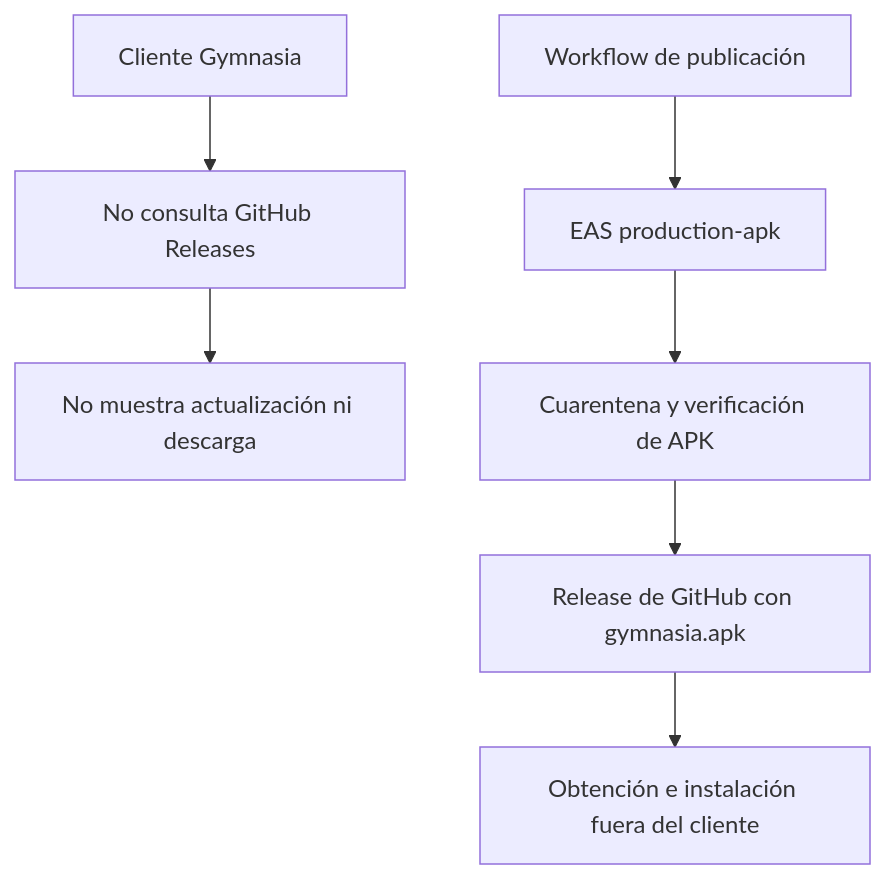
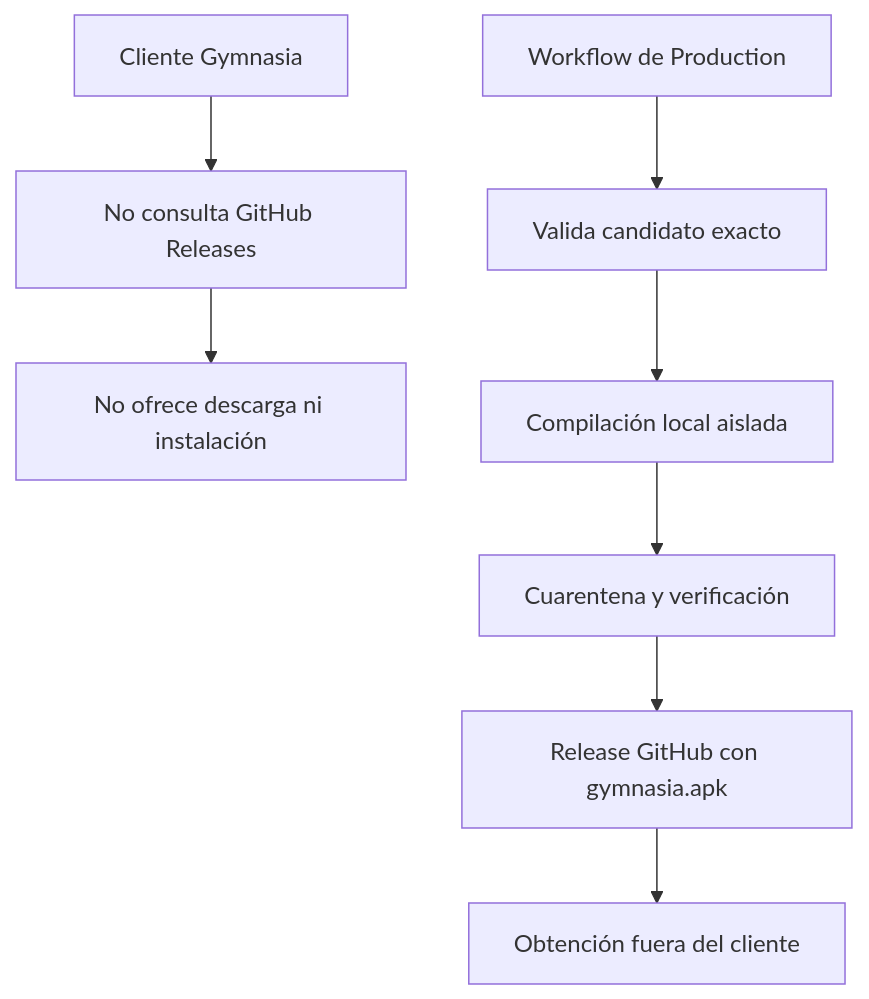
The second of 2 diagrams in openwiki/integrations/vivagym-and-updates.md (maximofn/gymnasia), drawn with Mermaid before and after one commit. The commit also changed other lines of this file and 54 other files, not shown here.

````diff
--- a/openwiki/integrations/vivagym-and-updates.md
+++ b/openwiki/integrations/vivagym-and-updates.md
@@ -87,9 +87,10 @@
 ```mermaid
 flowchart TD
     Client["Cliente Gymnasia"] --> NoCheck["No consulta GitHub Releases"]
-    NoCheck --> NoOffer["No muestra actualización ni descarga"]
-    Pipeline["Workflow de publicación"] --> EAS["EAS production-apk"]
-    EAS --> Verify["Cuarentena y verificación de APK"]
-    Verify --> Release["Release de GitHub con gymnasia.apk"]
-    Release --> Manual["Obtención e instalación fuera del cliente"]
+    NoCheck --> NoInstall["No ofrece descarga ni instalación"]
+    Workflow["Workflow de Production"] --> Source["Valida candidato exacto"]
+    Source --> LocalBuild["Compilación local aislada"]
+    LocalBuild --> Artifact["Cuarentena y verificación"]
+    Artifact --> Release["Release GitHub con gymnasia.apk"]
+    Release --> External["Obtención fuera del cliente"]
 ```
````
